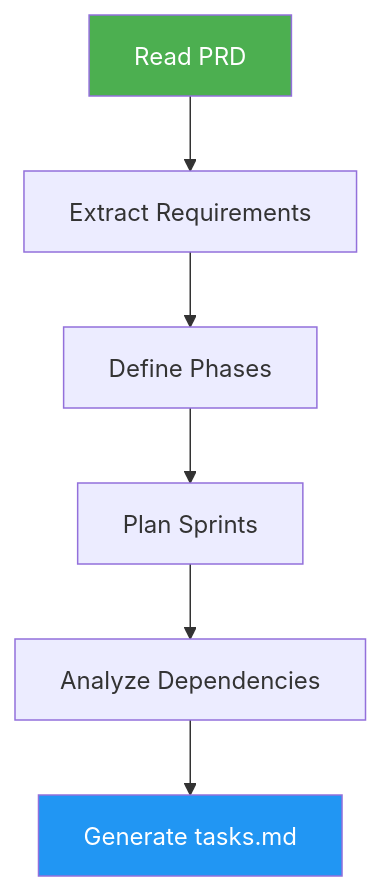
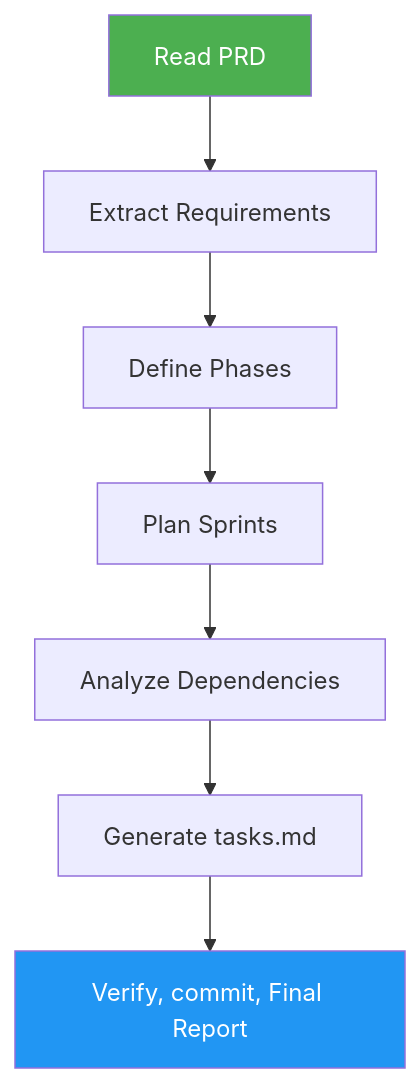
Before and after one commit to hongphuc5497/skills: the diagram in skills/tasks-generator/docs/README.md, drawn with Mermaid. The commit also changed other lines of this file and 72 other files, not shown here.

````diff
--- a/skills/tasks-generator/docs/README.md
+++ b/skills/tasks-generator/docs/README.md
@@ -29,10 +29,11 @@
 ```mermaid
 graph TD
     A["Read PRD"] --> B["Extract Requirements"]
     B --> C["Define Phases"]
     C --> D["Plan Sprints"]
     D --> E["Analyze Dependencies"]
     E --> F["Generate tasks.md"]
+    F --> G["Verify, commit, Final Report"]
     style A fill:#4CAF50,color:#fff
-    style F fill:#2196F3,color:#fff
+    style G fill:#2196F3,color:#fff
 ```
````
